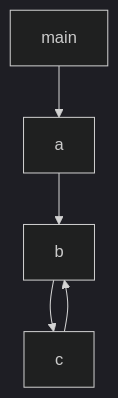
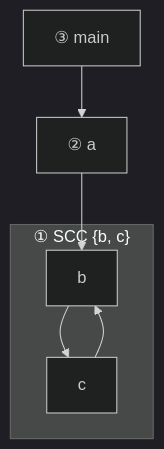
The diagram in data-structure/call-graph.md (LinerSu/llvm-handbook), drawn with Mermaid (dark theme) before and after one commit. The commit also changed other lines of this file and 6 other files, not shown here.

First line of the commit message:
docs(student-pass): tighten + animate call-graph, dead-code-elimination, early-cse (#10)

````diff
--- a/data-structure/call-graph.md
+++ b/data-structure/call-graph.md
@@ -34,7 +34,9 @@
 ```mermaid
 flowchart TD
-  main["main"] --> a["a"]
-  a --> b["b"]
-  b --> c["c"]
-  c --> b
+  main["③ main"] --> a["② a"]
+  a --> b
+  subgraph scc ["① SCC {b, c}"]
+    b["b"] --> c["c"]
+    c --> b
+  end
 ```
````
